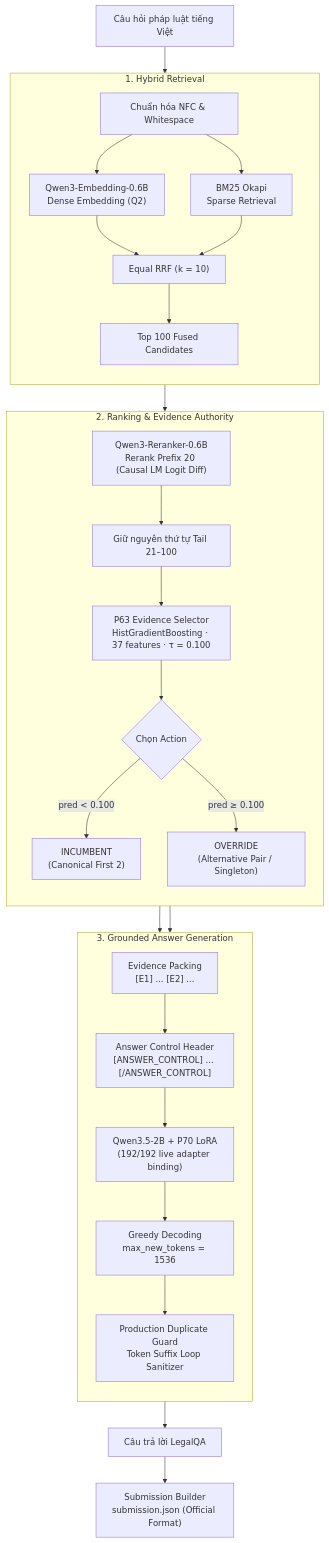
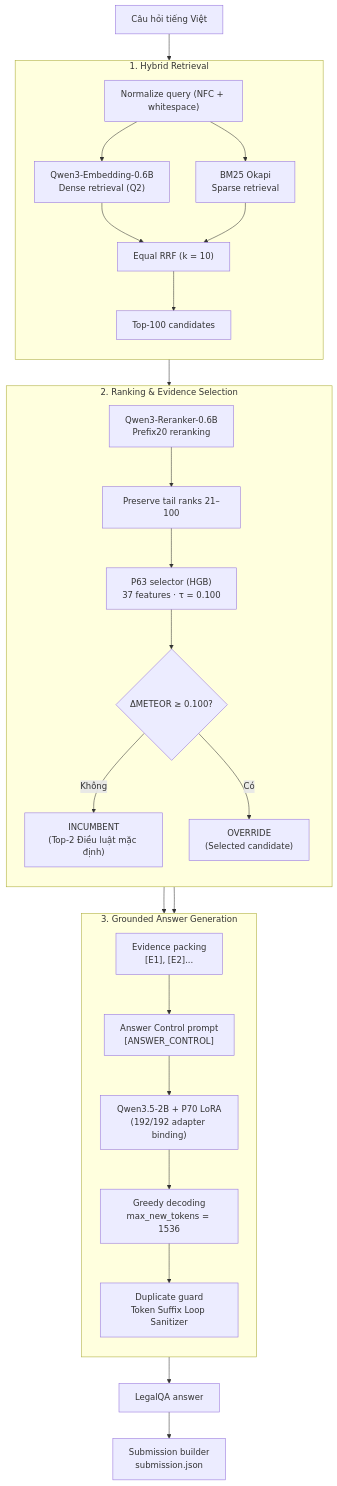
The diagram in README.md (Chef221/DSC-LegalQA), drawn with Mermaid before and after one commit. The commit also changed other lines of this file and 12 other files, not shown here.

````diff
--- a/README.md
+++ b/README.md
@@ -24,58 +24,57 @@
 ```mermaid
 flowchart TD
-    Q["Câu hỏi pháp luật tiếng Việt"] --> SUB1
+    Q["Câu hỏi tiếng Việt"] --> SUB1
 
     subgraph SUB1["1. Hybrid Retrieval"]
         direction TB
-        NORM["Chuẩn hóa NFC & Whitespace"]
-        DENSE["Qwen3-Embedding-0.6B<br/>Dense Embedding (Q2)"]
-        SPARSE["BM25 Okapi<br/>Sparse Retrieval"]
+        NORM["Normalize query (NFC + whitespace)"]
+        DENSE["Qwen3-Embedding-0.6B<br/>Dense retrieval (Q2)"]
+        SPARSE["BM25 Okapi<br/>Sparse retrieval"]
         RRF["Equal RRF (k = 10)"]
-        TOP100["Top 100 Fused Candidates"]
+        TOP100["Top-100 candidates"]
 
         NORM --> DENSE
         NORM --> SPARSE
         DENSE --> RRF
         SPARSE --> RRF
         RRF --> TOP100
     end
 
     TOP100 --> SUB2
 
-    subgraph SUB2["2. Ranking & Evidence Authority"]
+    subgraph SUB2["2. Ranking & Evidence Selection"]
         direction TB
-        RERANK["Qwen3-Reranker-0.6B<br/>Rerank Prefix 20 (Causal LM Logit Diff)"]
-        TAIL["Giữ nguyên thứ tự Tail 21–100"]
-        P63["P63 Evidence Selector<br/>HistGradientBoosting · 37 features · τ = 0.100"]
-        DECIDE{"Chọn Action"}
-        INCUMBENT["INCUMBENT<br/>(Canonical First 2)"]
-        OVERRIDE["OVERRIDE<br/>(Alternative Pair / Singleton)"]
+        RERANK["Qwen3-Reranker-0.6B<br/>Prefix20 reranking"]
+        TAIL["Preserve tail ranks 21–100"]
+        P63["P63 selector (HGB)<br/>37 features · τ = 0.100"]
+        DECIDE{"ΔMETEOR ≥ 0.100?"}
+        INCUMBENT["INCUMBENT<br/>(Top-2 Điều luật mặc định)"]
+        OVERRIDE["OVERRIDE<br/>(Selected candidate)"]
 
         RERANK --> TAIL
         TAIL --> P63
         P63 --> DECIDE
-        DECIDE -->|pred < 0.100| INCUMBENT
-        DECIDE -->|pred ≥ 0.100| OVERRIDE
+        DECIDE -->|Không| INCUMBENT
+        DECIDE -->|Có| OVERRIDE
     end
 
     INCUMBENT --> SUB3
     OVERRIDE --> SUB3
 
     subgraph SUB3["3. Grounded Answer Generation"]
         direction TB
-        PACK["Evidence Packing<br/>[E1] ... [E2] ..."]
-        CTRL["Answer Control Header<br/>[ANSWER_CONTROL] ... [/ANSWER_CONTROL]"]
-        GEN["Qwen3.5-2B + P70 LoRA<br/>(192/192 live adapter binding)"]
-        DECODE["Greedy Decoding<br/>max_new_tokens = 1536"]
-        GUARD["Production Duplicate Guard<br/>Token Suffix Loop Sanitizer"]
+        PACK["Evidence packing<br/>[E1], [E2]..."]
+        CTRL["Answer Control prompt<br/>[ANSWER_CONTROL]"]
+        GEN["Qwen3.5-2B + P70 LoRA<br/>(192/192 adapter binding)"]
+        DECODE["Greedy decoding<br/>max_new_tokens = 1536"]
+        GUARD["Duplicate guard<br/>Token Suffix Loop Sanitizer"]
 
         PACK --> CTRL
         CTRL --> GEN
         GEN --> DECODE
         DECODE --> GUARD
     end
 
-    GUARD --> ANS["Câu trả lời LegalQA"]
-    ANS --> SUBMIT["Submission Builder<br/>submission.json (Official Format)"]
-
+    GUARD --> ANS["LegalQA answer"]
+    ANS --> SUBMIT["Submission builder<br/>submission.json"]
 ```
````
